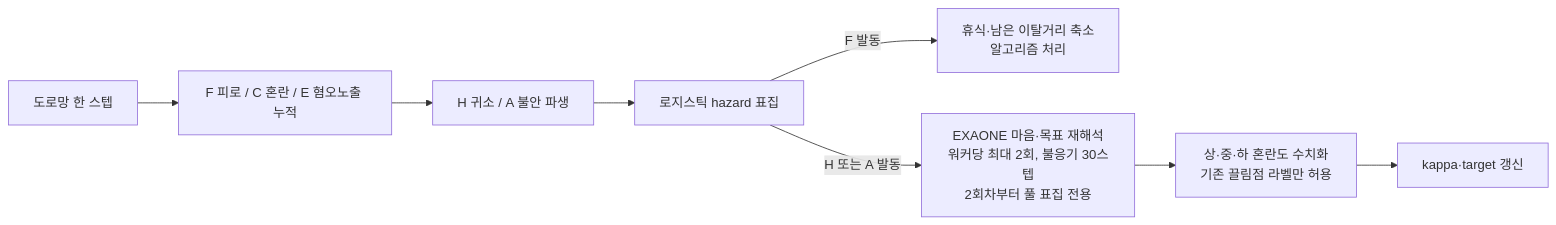
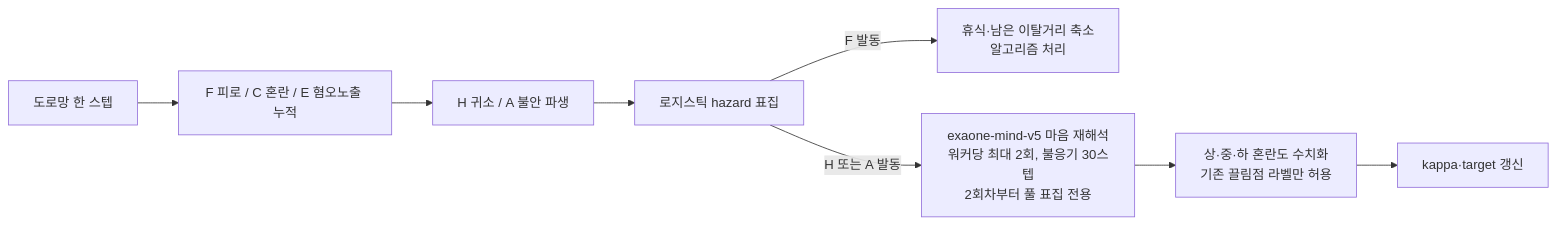
Before and after one commit to Donghaeng-AI-ROOKIE/Come-back-home: the eighth of 12 diagrams in docs/IMPLEMENTATION_ARCHITECTURE.md, drawn with Mermaid. The commit also changed other lines of this file and 3 other files, not shown here.

Commit message:
docs: sync architecture with latest experiments

````diff
--- a/docs/IMPLEMENTATION_ARCHITECTURE.md
+++ b/docs/IMPLEMENTATION_ARCHITECTURE.md
@@ -449,10 +484,10 @@
 ```mermaid
 flowchart LR
     STEP["도로망 한 스텝"] --> FCE["F 피로 / C 혼란 / E 혐오노출 누적"]
     FCE --> HA["H 귀소 / A 불안 파생"]
     HA --> HAZ["로지스틱 hazard 표집"]
     HAZ -- "F 발동" --> ALG["휴식·남은 이탈거리 축소<br/>알고리즘 처리"]
-    HAZ -- "H 또는 A 발동" --> LLM["EXAONE 마음·목표 재해석<br/>워커당 최대 2회, 불응기 30스텝<br/>2회차부터 풀 표집 전용"]
+    HAZ -- "H 또는 A 발동" --> LLM["exaone-mind-v5 마음 재해석<br/>워커당 최대 2회, 불응기 30스텝<br/>2회차부터 풀 표집 전용"]
     LLM --> SAFE["상·중·하 혼란도 수치화<br/>기존 끌림점 라벨만 허용"]
     SAFE --> MOVE["kappa·target 갱신"]
 ```
````
